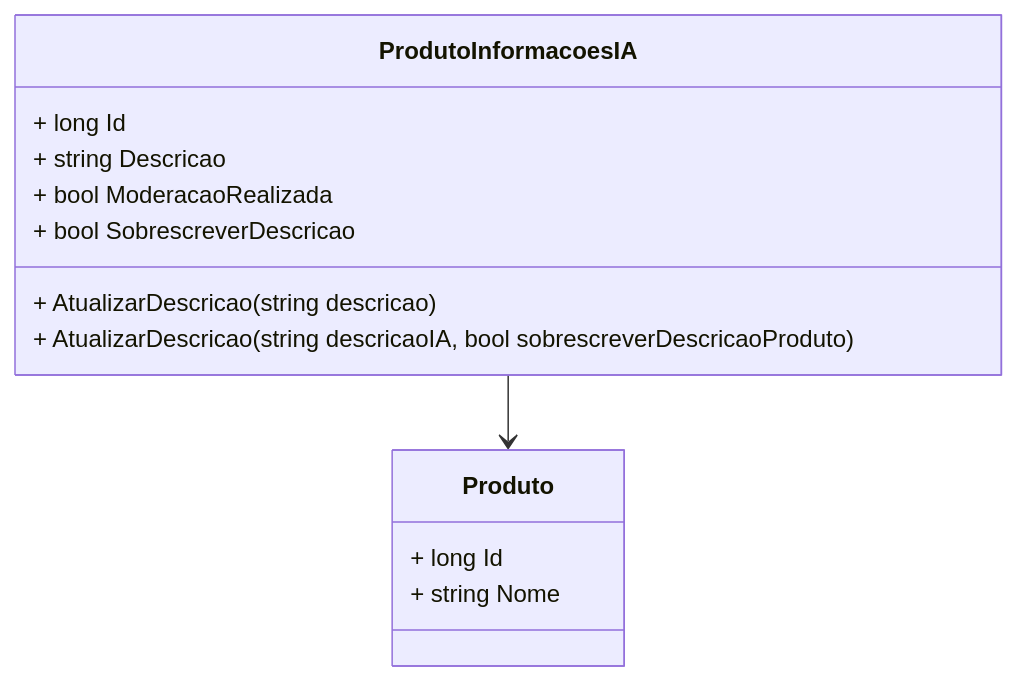
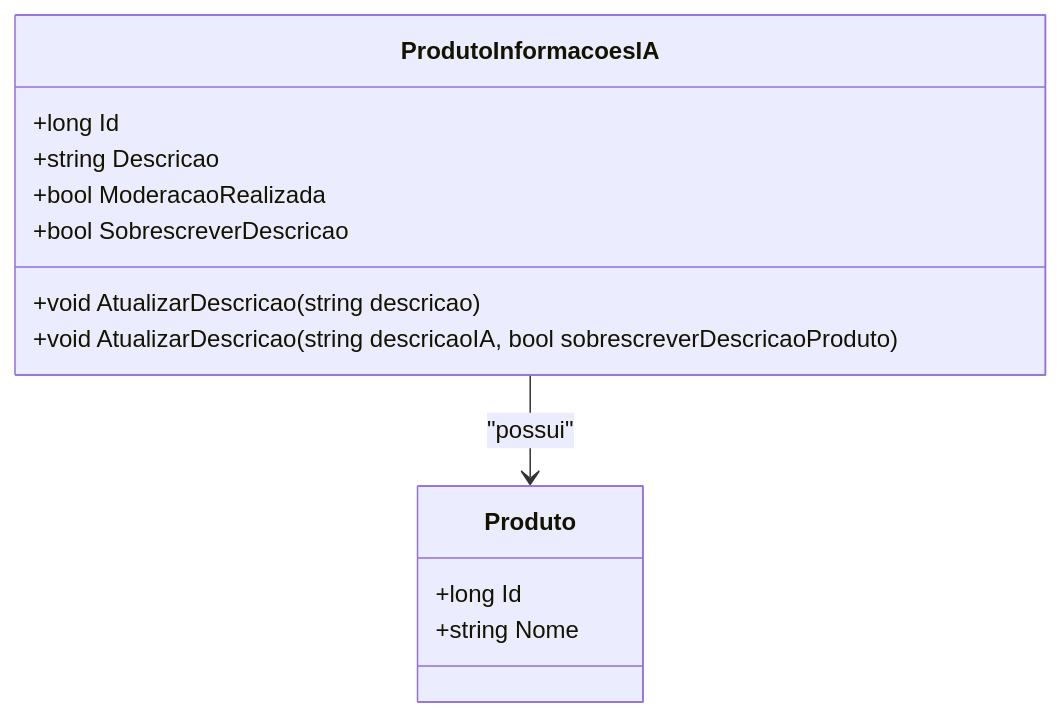
One commit to IsthmusSistemas/documentacao-tecnica changed the second of 2 diagrams in docs/b2b-dominio/IsthmusWinthor.Nucleo/IsthmusWinthor.Dominio/Entidades/ProdutoInformacoesIA.md. Above: the diagram before and after it, drawn with Mermaid. The commit also changed other lines of this file and 882 other files, not shown here.

````diff
--- a/docs/b2b-dominio/IsthmusWinthor.Nucleo/IsthmusWinthor.Dominio/Entidades/ProdutoInformacoesIA.md
+++ b/docs/b2b-dominio/IsthmusWinthor.Nucleo/IsthmusWinthor.Dominio/Entidades/ProdutoInformacoesIA.md
@@ -49,18 +55,18 @@
 ```mermaid
 classDiagram
     class ProdutoInformacoesIA {
-        + long Id
-        + string Descricao
-        + bool ModeracaoRealizada
-        + bool SobrescreverDescricao
-        + AtualizarDescricao(string descricao)
-        + AtualizarDescricao(string descricaoIA, bool sobrescreverDescricaoProduto)
+        +long Id
+        +string Descricao
+        +bool ModeracaoRealizada
+        +bool SobrescreverDescricao
+        +void AtualizarDescricao(string descricao)
+        +void AtualizarDescricao(string descricaoIA, bool sobrescreverDescricaoProduto)
     }
-  
+
     class Produto {
-        + long Id
-        + string Nome
+        +long Id
+        +string Nome
     }
-  
-    ProdutoInformacoesIA --> Produto
+
+    ProdutoInformacoesIA --> Produto : "possui"
 ```
````
